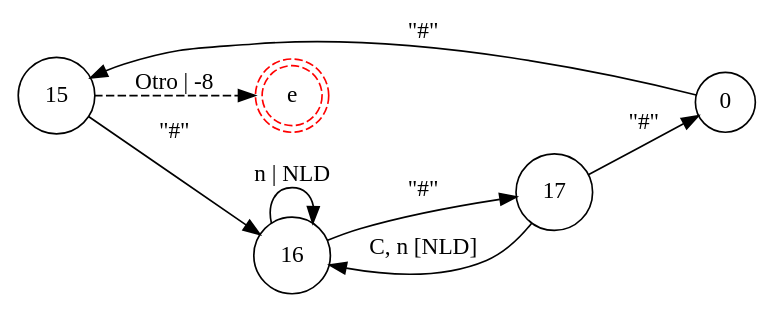
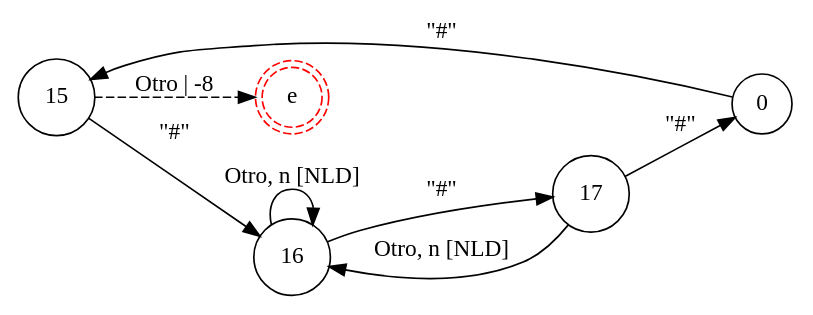
One commit to iroumec/RouVel-Compiler changed the diagram in resources/diagrams/finite-automatoms/individual-units/comments.dot. Above: the diagram before and after it, drawn with Graphviz. The commit also changed 10 other files, not shown here.

```diff
--- a/resources/diagrams/finite-automatoms/individual-units/comments.dot
+++ b/resources/diagrams/finite-automatoms/individual-units/comments.dot
@@ -1,13 +1,13 @@
 digraph DFA {
     rankdir = LR;
     node [shape = circle;];
     eC [shape = doublecircle;style = dashed;color = red;label = "e";];
     
     0 -> 15 [label = "\"#\"";];
     15 -> eC [label = "Otro | -8"; style = dashed;];
     15 -> 16 [label = "\"#\"";];
-    16 -> 16 [label = "n | NLD";];
+    16 -> 16 [label = "Otro, n [NLD]";];
     16 -> 17 [label = "\"#\"";];
-    17 -> 16 [label = "C, n [NLD]";];
+    17 -> 16 [label = "Otro, n [NLD]";];
     17 -> 0 [label = "\"#\"";];
 }
```
